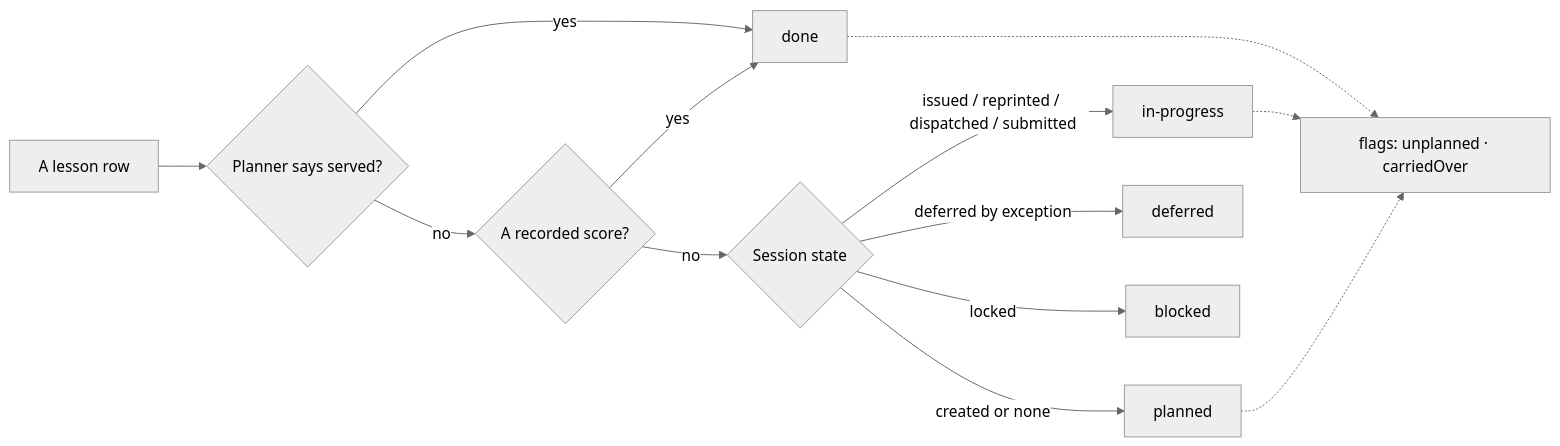
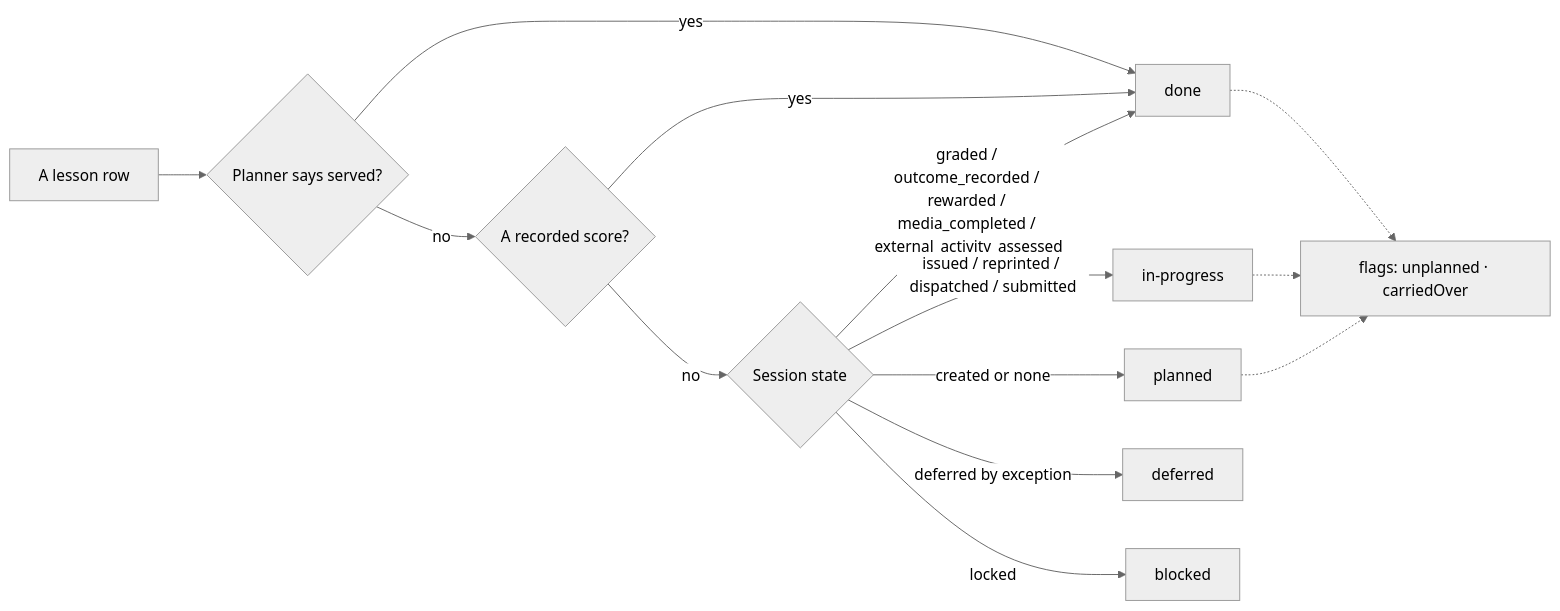
The fifth of 16 diagrams in docs/reference/school/teacher.md (kckern/DaylightStation), drawn with Mermaid (neutral theme) before and after one commit. The commit also changed other lines of this file and 14 other files, not shown here.

````diff
--- a/docs/reference/school/teacher.md
+++ b/docs/reference/school/teacher.md
@@ -320,15 +326,16 @@
 ```mermaid
 flowchart LR
     R["A lesson row"] --> V{"Planner says served?"}
     V -->|yes| DONE["done"]
     V -->|no| SC{"A recorded score?"}
     SC -->|yes| DONE
     SC -->|no| ST{"Session state"}
+    ST -->|"graded / outcome_recorded / rewarded / media_completed / external_activity_assessed"| DONE
     ST -->|"issued / reprinted / dispatched / submitted"| IP["in-progress"]
     ST -->|"created or none"| PL["planned"]
     ST -->|"deferred by exception"| DEF["deferred"]
     ST -->|"locked"| BL["blocked"]
     DONE -.-> F["flags: unplanned · carriedOver"]
     IP -.-> F
     PL -.-> F
 ```
````
